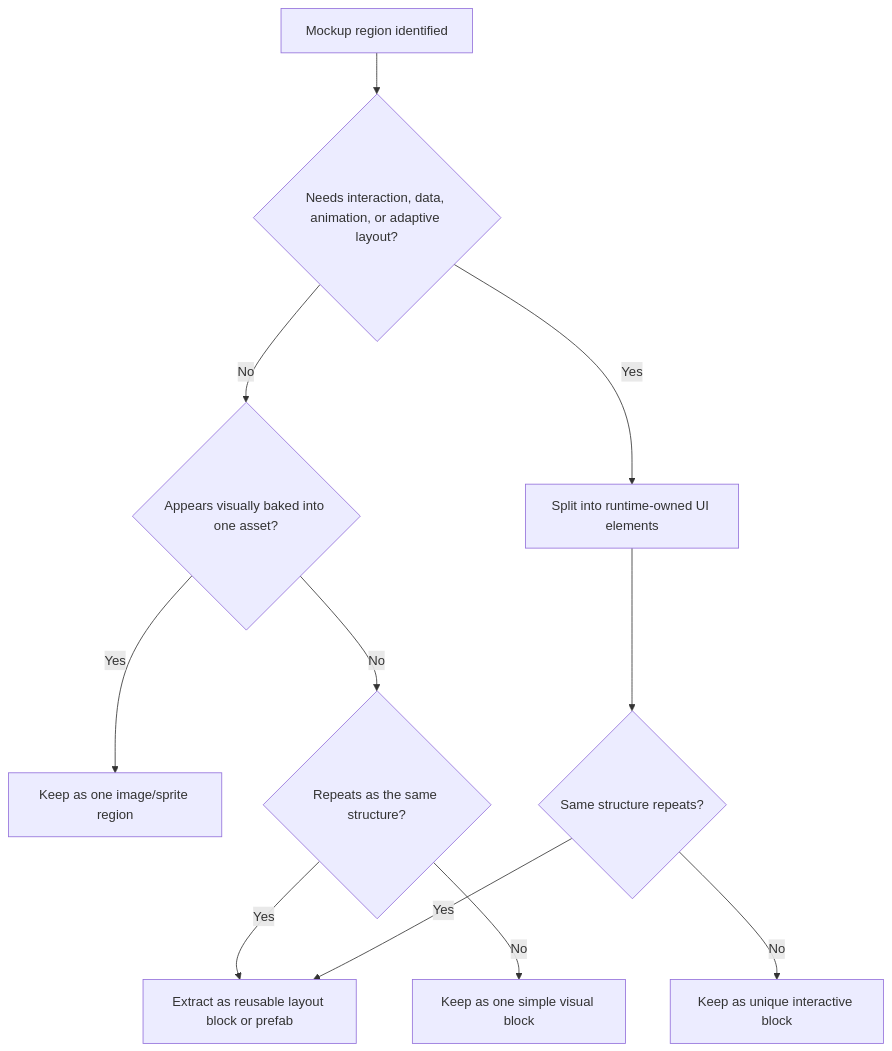
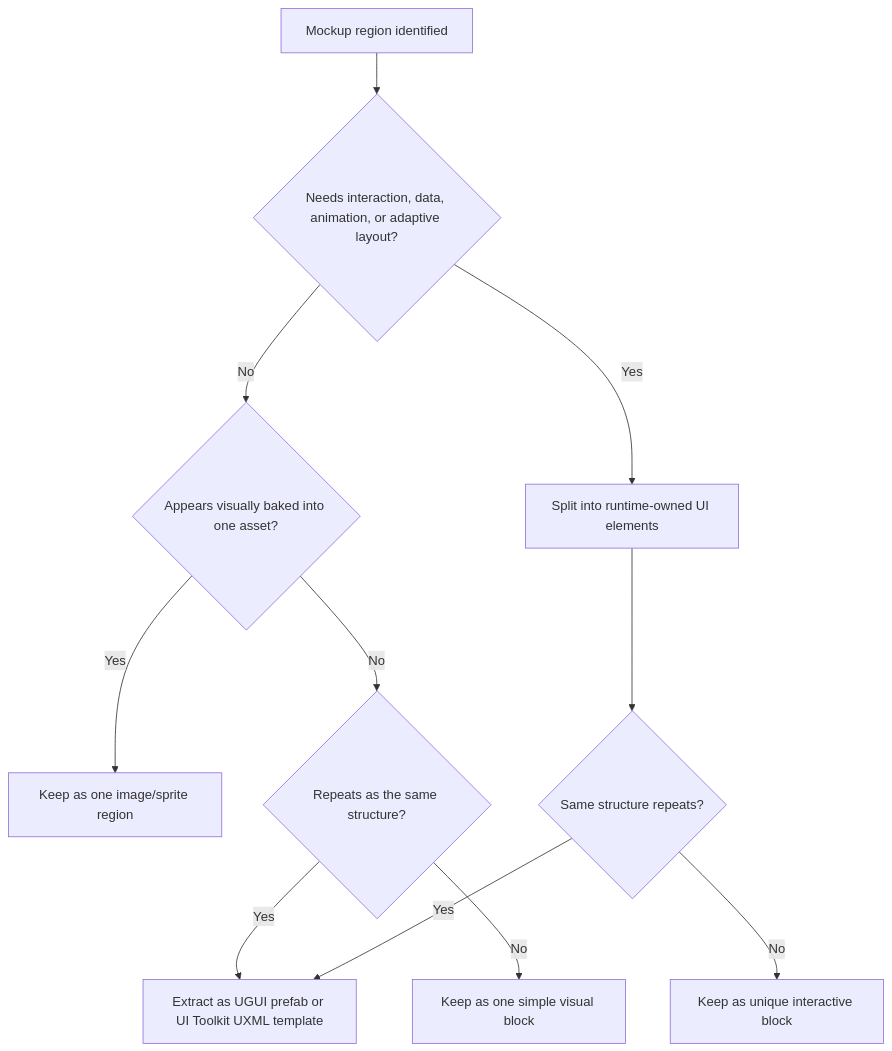
One commit to Hanjo92/unity-mcp-ui-layout changed the diagram in unity-mcp-ui-layout/references/mockup-decomposition.md. Above: the diagram before and after it, drawn with Mermaid. The commit also changed other lines of this file and 7 other files, not shown here.

````diff
--- a/unity-mcp-ui-layout/references/mockup-decomposition.md
+++ b/unity-mcp-ui-layout/references/mockup-decomposition.md
@@ -81,13 +89,13 @@
 ```mermaid
 flowchart TD
     A["Mockup region identified"] --> B{"Needs interaction, data, animation, or adaptive layout?"}
     B -- "No" --> C{"Appears visually baked into one asset?"}
     C -- "Yes" --> D["Keep as one image/sprite region"]
     C -- "No" --> E{"Repeats as the same structure?"}
-    E -- "Yes" --> F["Extract as reusable layout block or prefab"]
+    E -- "Yes" --> F["Extract as UGUI prefab or UI Toolkit UXML template"]
     E -- "No" --> G["Keep as one simple visual block"]
     B -- "Yes" --> H["Split into runtime-owned UI elements"]
     H --> I{"Same structure repeats?"}
     I -- "Yes" --> F
     I -- "No" --> J["Keep as unique interactive block"]
 ```
````
